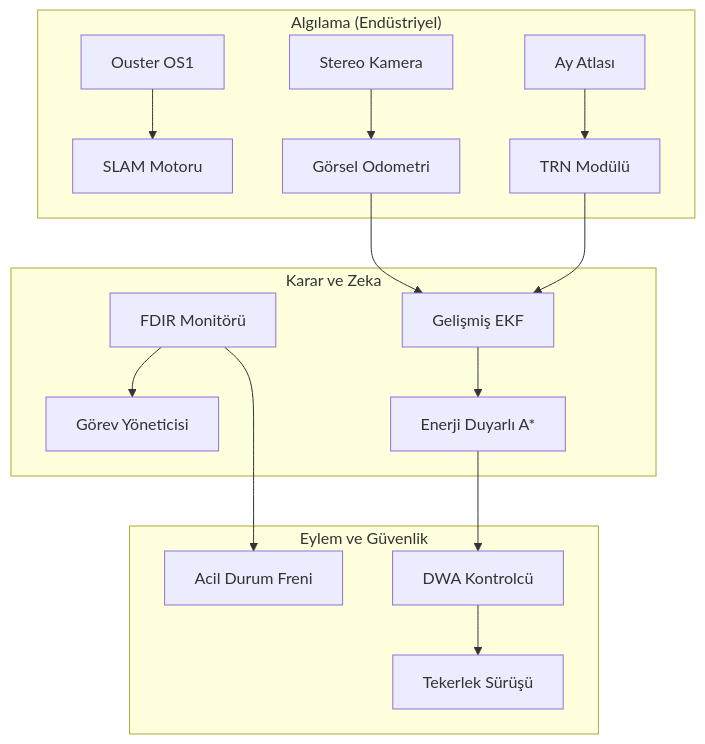
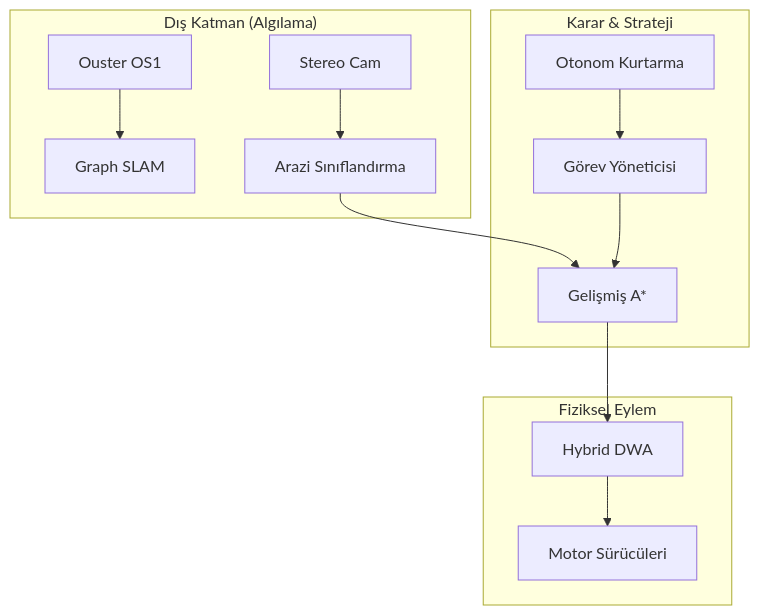
One commit to arch-yunus/Ay-Otonom-Navigasyon changed the first of 2 diagrams in README.md. Above: the diagram before and after it, drawn with Mermaid. The commit also changed other lines of this file and 4 other files, not shown here.

Commit message:
Phase 7: Elite Mission-Ready Expansion - Autonomous Recovery, Terrain Friction Modeling, and Mathematical Appendix

````diff
--- a/README.md
+++ b/README.md
@@ -27,21 +31,18 @@
 ```mermaid
 graph TD
-    subgraph "Algılama (Endüstriyel)"
-        LiDAR[Ouster OS1] --> SLAM[SLAM Motoru]
-        Cam[Stereo Kamera] --> VO[Görsel Odometri]
-        Atlas[Ay Atlası] --> TRN[TRN Modülü]
+    subgraph "Dış Katman (Algılama)"
+        LiDAR[Ouster OS1] --> SLAM[Graph SLAM]
+        Cam[Stereo Cam] --> Terrain[Arazi Sınıflandırma]
     end
 
-    subgraph "Karar ve Zeka"
-        FDIR[FDIR Monitörü] --> MM[Görev Yöneticisi]
-        TRN --> EKF[Gelişmiş EKF]
-        VO --> EKF
-        EKF --> Planner[Enerji Duyarlı A*]
+    subgraph "Karar & Strateji"
+        Terrain --> Planner[Gelişmiş A*]
+        Recovery[Otonom Kurtarma] --> MM[Görev Yöneticisi]
+        MM --> Planner
     end
 
-    subgraph "Eylem ve Güvenlik"
-        Planner --> Controller[DWA Kontrolcü]
-        Controller --> Drive[Tekerlek Sürüşü]
-        FDIR --> Emergency[Acil Durum Freni]
+    subgraph "Fiziksel Eylem"
+        Planner --> Controller[Hybrid DWA]
+        Controller --> Actuators[Motor Sürücüleri]
     end
 ```
````
